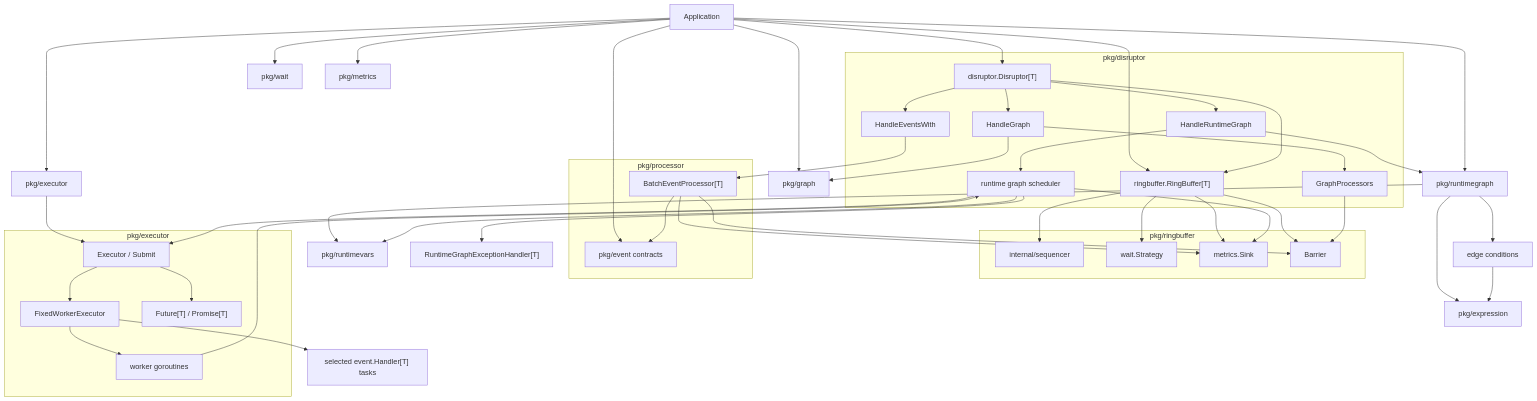
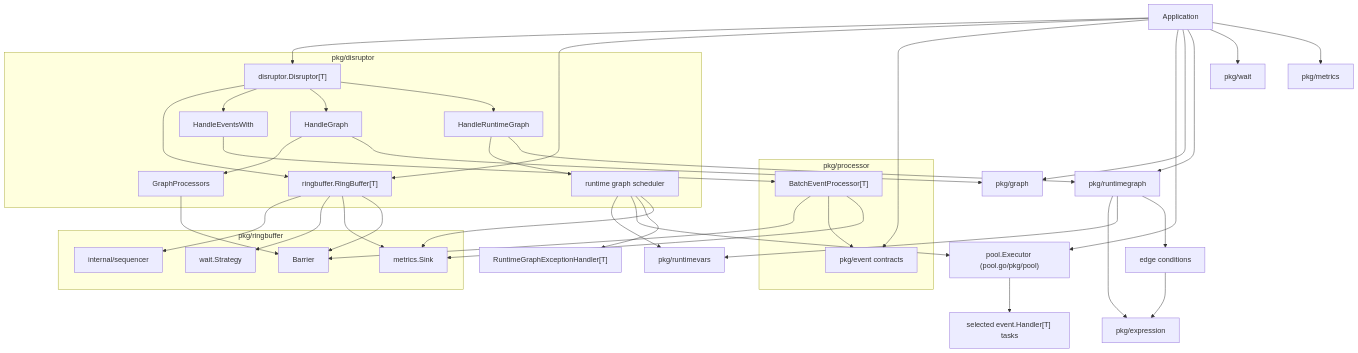
The first of 5 diagrams in README.md (photowey/disruptor.go), drawn with Mermaid before and after one commit. The commit also changed other lines of this file and 32 other files, not shown here.

Commit message:
refactor: use pool.go for runtime graph execution

````diff
--- a/README.md
+++ b/README.md
@@ -176,58 +176,47 @@
 ```mermaid
 flowchart TB
     App["Application"] --> D["disruptor.Disruptor[T]"]
     App --> RB["ringbuffer.RingBuffer[T]"]
     App --> EventPkg["pkg/event contracts"]
-    App --> ExecutorAPI["pkg/executor"]
+    App --> PoolAPI["pool.Executor (pool.go/pkg/pool)"]
     App --> GraphPkg["pkg/graph"]
     App --> RuntimeGraphPkg["pkg/runtimegraph"]
     App --> WaitPkg["pkg/wait"]
     App --> MetricsPkg["pkg/metrics"]
     RuntimeGraphPkg --> ExprPkg["pkg/expression"]
     RuntimeGraphPkg --> VarsPkg["pkg/runtimevars"]
 
     subgraph DisruptorPkg["pkg/disruptor"]
         D --> RB
         D --> Fanout["HandleEventsWith"]
         D --> StaticGraph["HandleGraph"]
         D --> RuntimeGraphMode["HandleRuntimeGraph"]
         StaticGraph --> GP["GraphProcessors"]
         RuntimeGraphMode --> RSP["runtime graph scheduler"]
     end
 
     subgraph RingBufferPkg["pkg/ringbuffer"]
         RB --> S["internal/sequencer"]
         RB --> W["wait.Strategy"]
         RB --> M["metrics.Sink"]
         RB --> B["Barrier"]
     end
 
     subgraph ProcessorPkg["pkg/processor"]
         Fanout --> P["BatchEventProcessor[T]"]
         P --> B
         P --> EventPkg
     end
 
-    subgraph ExecutorInternals["pkg/executor"]
-        Exec["Executor / Submit"]
-        Pool["FixedWorkerExecutor"]
-        Fut["Future[T] / Promise[T]"]
-        Exec --> Pool
-        Exec --> Fut
-        Pool --> Worker["worker goroutines"]
-    end
-
     GP --> B
     StaticGraph --> GraphPkg
     RuntimeGraphMode --> RuntimeGraphPkg
     RuntimeGraphPkg --> EC["edge conditions"]
     EC --> ExprPkg
     RSP --> VarsPkg
-    ExecutorAPI --> Exec
-    RSP --> Exec
-    Pool --> RH["selected event.Handler[T] tasks"]
-    Worker --> RSP
+    RSP --> PoolAPI
+    PoolAPI --> RH["selected event.Handler[T] tasks"]
     RSP --> RE["RuntimeGraphExceptionHandler[T]"]
     P --> M
     RSP --> M
 ```
````
